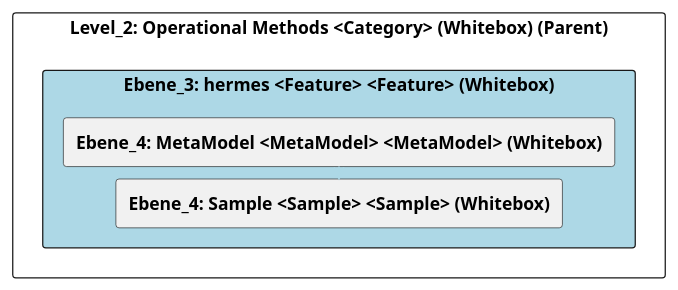
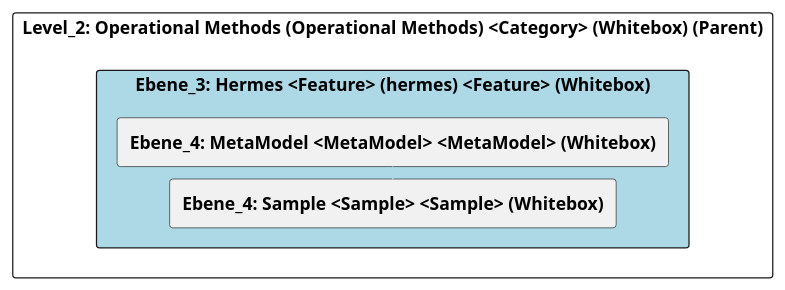
The diagram in doc/cleonproject_deliverables_architecture_model_architecture/adoc/de/05_bausteinsicht/cleon/operational_methods/hermes/ebene_3_hermes.adoc (marcozwyssig/cleon), drawn with PlantUML before and after one commit. The commit also changed other lines of this file and 166 other files, not shown here.

```diff
--- a/doc/cleonproject_deliverables_architecture_model_architecture/adoc/de/05_bausteinsicht/cleon/operational_methods/hermes/ebene_3_hermes.adoc
+++ b/doc/cleonproject_deliverables_architecture_model_architecture/adoc/de/05_bausteinsicht/cleon/operational_methods/hermes/ebene_3_hermes.adoc
@@ -20,28 +20,28 @@
-[plantuml, Ebene_3: hermes <Feature> <Feature> (Whitebox)BlockOverview, format="svg"]
+[plantuml, Ebene_3: Hermes <Feature> (hermes) <Feature> (Whitebox)BlockOverview, format="svg"]
 ----
-@startuml Ebene_3: hermes <Feature> <Feature> (Whitebox)BuildingBlockOverview
+@startuml Ebene_3: Hermes <Feature> (hermes) <Feature> (Whitebox)BuildingBlockOverview
 
 skinparam ranksep 10
 skinparam componentStyle rectangle
 skinparam shadowing false
 skinparam arrowColor lightblue
 skinparam arrowThickness 1.2
 skinparam rectangle {
   BackgroundColor White
   BorderColor #333
   RoundCorner 10
 }
 top to bottom direction
 
-component "Level_2: Operational Methods <Category> (Whitebox) (Parent)" {
-    component "Ebene_3: hermes <Feature> <Feature> (Whitebox)" #lightblue {
+component "Level_2: Operational Methods (Operational Methods) <Category> (Whitebox) (Parent)" {
+    component "Ebene_3: Hermes <Feature> (hermes) <Feature> (Whitebox)" #lightblue {
         [**Ebene_4: MetaModel <MetaModel> <MetaModel> (Whitebox)**] as 3BDFB317_D421_11EF_BDEF_4D33DBCE89CB
         [**Ebene_4: Sample <Sample> <Sample> (Whitebox)**] as 3BDFB318_D421_11EF_BDEF_4D33DBCE89CB
     }
 
     3BDFB317_D421_11EF_BDEF_4D33DBCE89CB -down-> 3BDFB318_D421_11EF_BDEF_4D33DBCE89CB
     
 }
 
 @enduml
 ----
```
